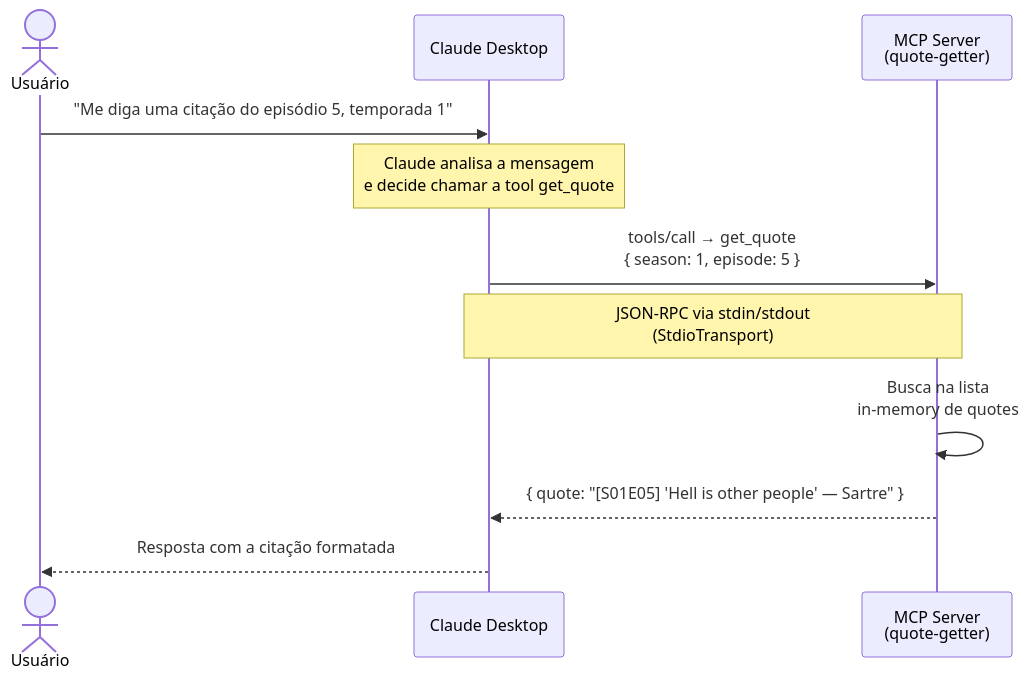
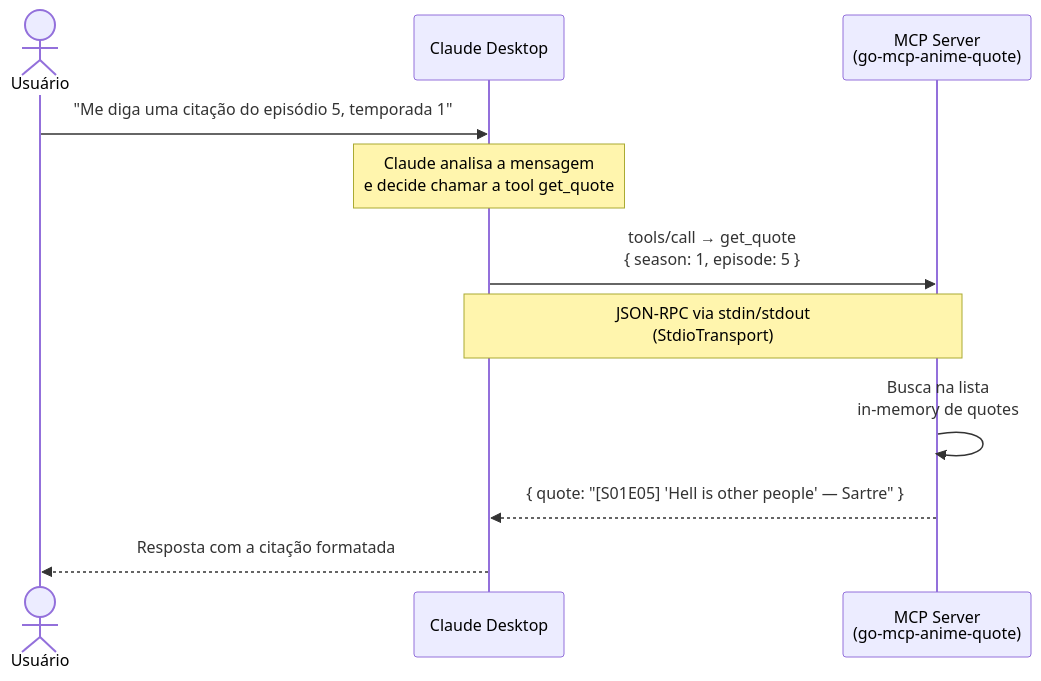
The diagram in go-mcp-anime-quote/readme.md (subipranuvem/youtube-video-assets), drawn with Mermaid before and after one commit. The commit also changed other lines of this file and 1 other file, not shown here.

````diff
--- a/go-mcp-anime-quote/readme.md
+++ b/go-mcp-anime-quote/readme.md
@@ -88,19 +88,19 @@
 ```mermaid
 sequenceDiagram
     actor Usuário
     participant CD as Claude Desktop
-    participant MCP as MCP Server<br/>(quote-getter)
+    participant MCP as MCP Server<br/>(go-mcp-anime-quote)
 
     Usuário->>CD: "Me diga uma citação do episódio 5, temporada 1"
 
     Note over CD: Claude analisa a mensagem<br/>e decide chamar a tool get_quote
 
     CD->>MCP: tools/call → get_quote<br/>{ season: 1, episode: 5 }
     Note over CD,MCP: JSON-RPC via stdin/stdout<br/>(StdioTransport)
 
     MCP->>MCP: Busca na lista<br/>in-memory de quotes
 
     MCP-->>CD: { quote: "[S01E05] 'Hell is other people' — Sartre" }
 
     CD-->>Usuário: Resposta com a citação formatada
 ```
````
